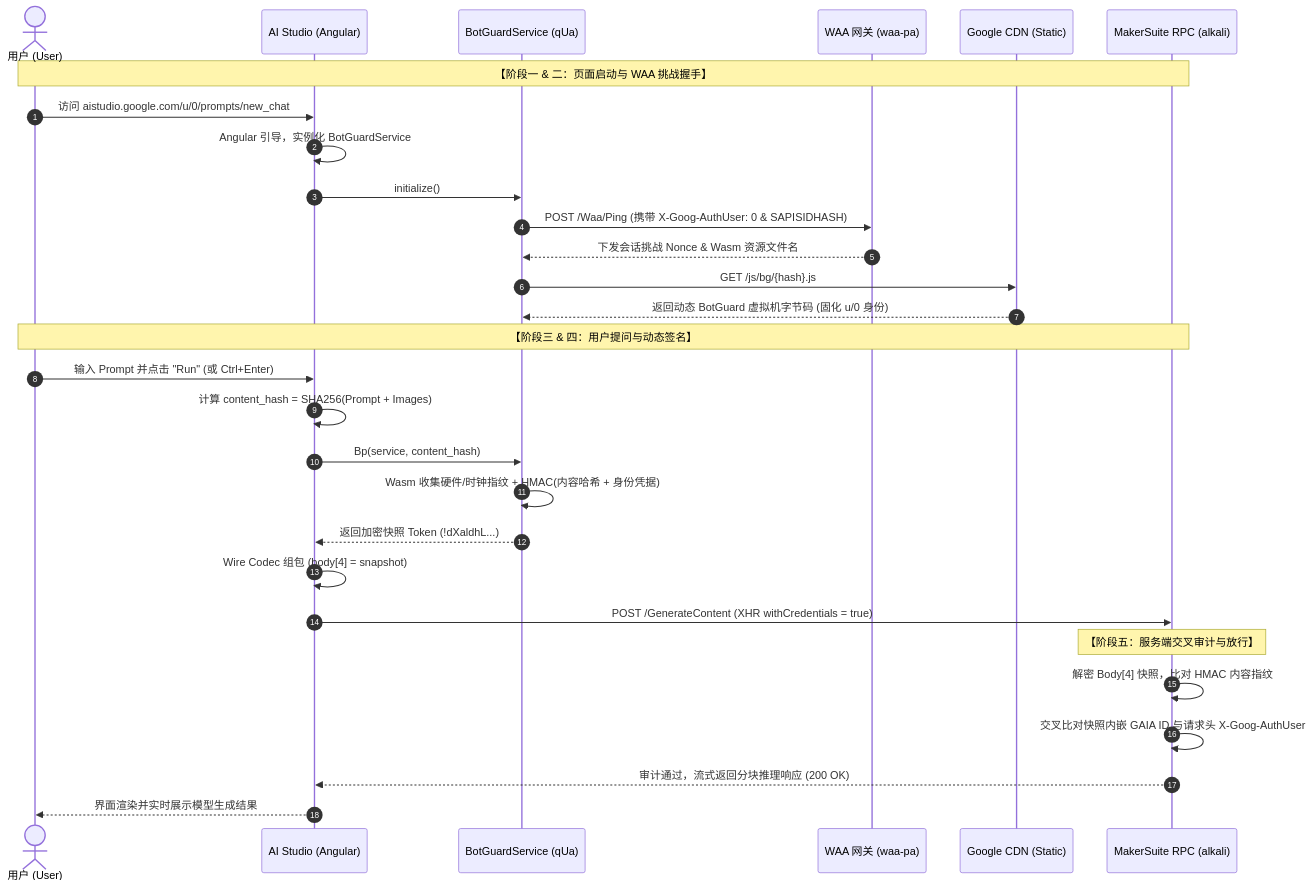
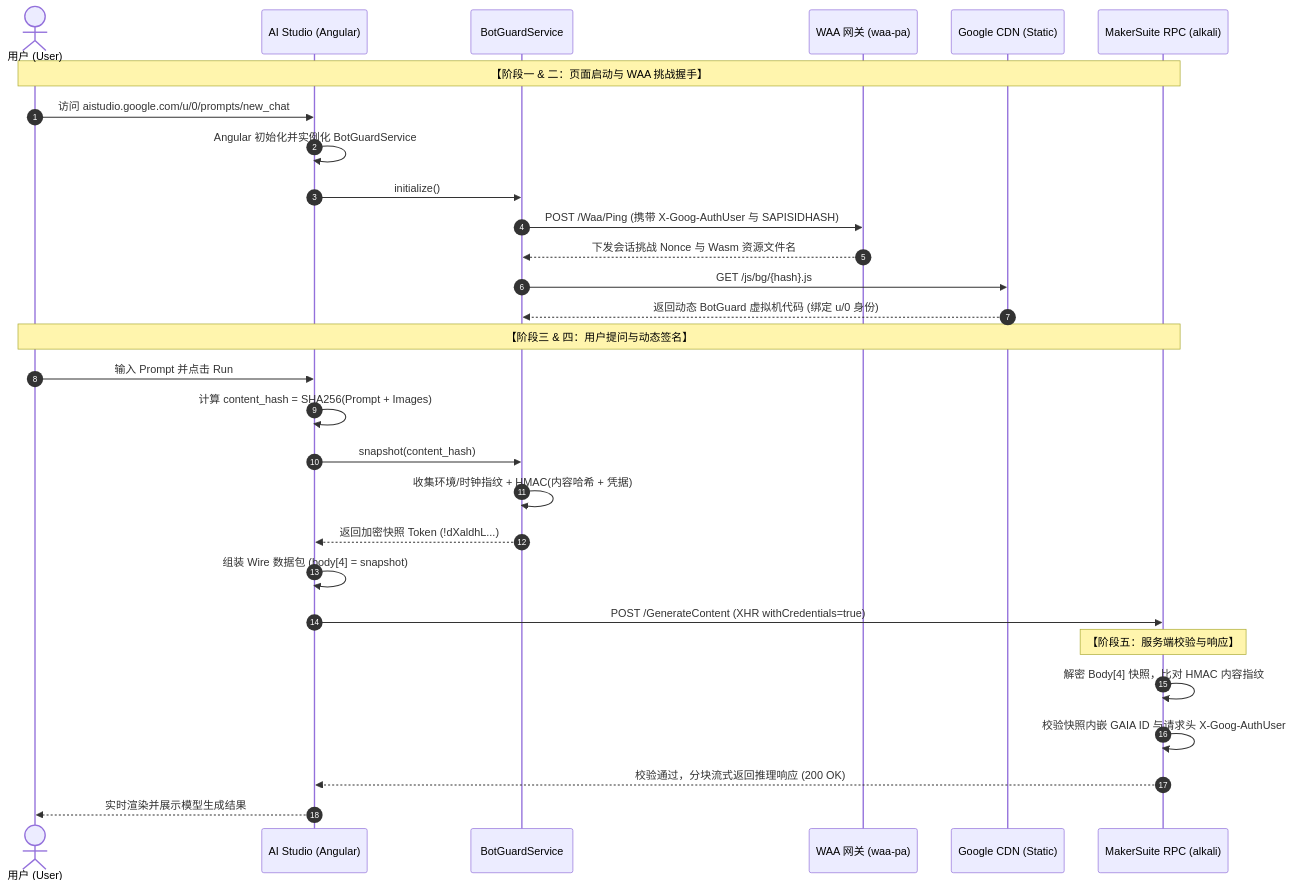
The second of 3 diagrams in docs/BOTGUARD_VERIFICATION_CHAIN.md (DeconstructedCube/aistudio-api), drawn with Mermaid before and after one commit. The commit also changed other lines of this file and 43 other files, not shown here.

````diff
--- a/docs/BOTGUARD_VERIFICATION_CHAIN.md
+++ b/docs/BOTGUARD_VERIFICATION_CHAIN.md
@@ -45,34 +47,34 @@
 ```mermaid
 sequenceDiagram
     autonumber
     actor User as 用户 (User)
     participant Browser as AI Studio (Angular)
-    participant WaaClient as BotGuardService (qUa)
+    participant WaaClient as BotGuardService
     participant WaaServer as WAA 网关 (waa-pa)
     participant StaticCDN as Google CDN (Static)
     participant Gateway as MakerSuite RPC (alkali)
 
     Note over User,Gateway: 【阶段一 & 二：页面启动与 WAA 挑战握手】
     User->>Browser: 访问 aistudio.google.com/u/0/prompts/new_chat
-    Browser->>Browser: Angular 引导，实例化 BotGuardService
+    Browser->>Browser: Angular 初始化并实例化 BotGuardService
     Browser->>WaaClient: initialize()
-    WaaClient->>WaaServer: POST /Waa/Ping (携带 X-Goog-AuthUser: 0 & SAPISIDHASH)
-    WaaServer-->>WaaClient: 下发会话挑战 Nonce & Wasm 资源文件名
+    WaaClient->>WaaServer: POST /Waa/Ping (携带 X-Goog-AuthUser 与 SAPISIDHASH)
+    WaaServer-->>WaaClient: 下发会话挑战 Nonce 与 Wasm 资源文件名
     WaaClient->>StaticCDN: GET /js/bg/{hash}.js
-    StaticCDN-->>WaaClient: 返回动态 BotGuard 虚拟机字节码 (固化 u/0 身份)
+    StaticCDN-->>WaaClient: 返回动态 BotGuard 虚拟机代码 (绑定 u/0 身份)
 
     Note over User,Gateway: 【阶段三 & 四：用户提问与动态签名】
-    User->>Browser: 输入 Prompt 并点击 "Run" (或 Ctrl+Enter)
+    User->>Browser: 输入 Prompt 并点击 Run
     Browser->>Browser: 计算 content_hash = SHA256(Prompt + Images)
-    Browser->>WaaClient: Bp(service, content_hash)
-    WaaClient->>WaaClient: Wasm 收集硬件/时钟指纹 + HMAC(内容哈希 + 身份凭据)
+    Browser->>WaaClient: snapshot(content_hash)
+    WaaClient->>WaaClient: 收集环境/时钟指纹 + HMAC(内容哈希 + 凭据)
     WaaClient-->>Browser: 返回加密快照 Token (!dXaldhL...)
-    Browser->>Browser: Wire Codec 组包 (body[4] = snapshot)
-    Browser->>Gateway: POST /GenerateContent (XHR withCredentials = true)
+    Browser->>Browser: 组装 Wire 数据包 (body[4] = snapshot)
+    Browser->>Gateway: POST /GenerateContent (XHR withCredentials=true)
 
-    Note over Gateway: 【阶段五：服务端交叉审计与放行】
+    Note over Gateway: 【阶段五：服务端校验与响应】
     Gateway->>Gateway: 解密 Body[4] 快照，比对 HMAC 内容指纹
-    Gateway->>Gateway: 交叉比对快照内嵌 GAIA ID 与请求头 X-Goog-AuthUser
-    Gateway-->>Browser: 审计通过，流式返回分块推理响应 (200 OK)
-    Browser-->>User: 界面渲染并实时展示模型生成结果
+    Gateway->>Gateway: 校验快照内嵌 GAIA ID 与请求头 X-Goog-AuthUser
+    Gateway-->>Browser: 校验通过，分块流式返回推理响应 (200 OK)
+    Browser-->>User: 实时渲染并展示模型生成结果
 ```
````
